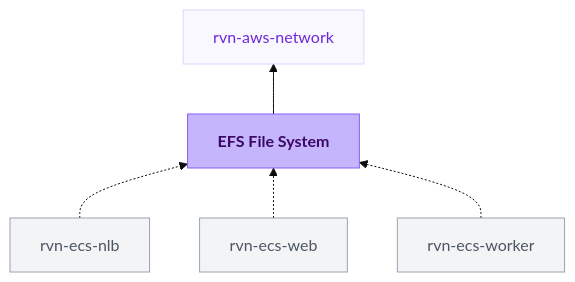
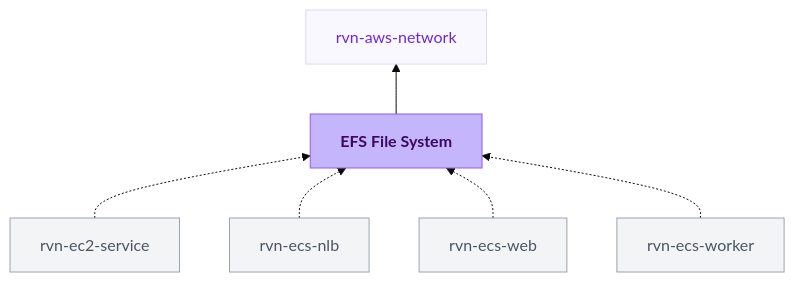
Before and after one commit to flightcontrolhq/docs: the diagram in module-definitions/catalog/rvn-efs.mdx, drawn with Mermaid (base theme). The commit also changed 12 other files, not shown here.

Commit message:
chore: sync module catalog docs

````diff
--- a/module-definitions/catalog/rvn-efs.mdx
+++ b/module-definitions/catalog/rvn-efs.mdx
@@ -13,21 +13,23 @@
 ```mermaid
 flowchart BT
-  rvn_ecs_nlb["rvn-ecs-nlb"] -.-> rvn_efs["<strong>EFS File System</strong>"]
+  rvn_ec2_service["rvn-ec2-service"] -.-> rvn_efs["<strong>EFS File System</strong>"]
+  rvn_ecs_nlb["rvn-ecs-nlb"] -.-> rvn_efs
   rvn_ecs_web["rvn-ecs-web"] -.-> rvn_efs
   rvn_ecs_worker["rvn-ecs-worker"] -.-> rvn_efs
   rvn_efs --> rvn_aws_network["rvn-aws-network"]
 
   class rvn_efs current
   class rvn_aws_network dependency
-  class rvn_ecs_nlb,rvn_ecs_web,rvn_ecs_worker consumer
+  class rvn_ec2_service,rvn_ecs_nlb,rvn_ecs_web,rvn_ecs_worker consumer
 
   classDef current fill:#C4B5FD,stroke:#8B5CF6,color:#3B0764
   classDef dependency fill:#FAF8FF,stroke:#DDD6FE,color:#6D28D9
   classDef consumer fill:#F3F4F6,stroke:#9CA3AF,color:#4B5563
   classDef upstream fill:#F8FAFC,stroke:#CBD5E1,color:#94A3B8
 
+  click rvn_ec2_service "/module-definitions/catalog/rvn-ec2-service" "Open rvn-ec2-service docs"
   click rvn_ecs_nlb "/module-definitions/catalog/rvn-ecs-nlb" "Open rvn-ecs-nlb docs"
   click rvn_ecs_web "/module-definitions/catalog/rvn-ecs-web" "Open rvn-ecs-web docs"
   click rvn_ecs_worker "/module-definitions/catalog/rvn-ecs-worker" "Open rvn-ecs-worker docs"
   click rvn_aws_network "/module-definitions/catalog/rvn-aws-network" "Open rvn-aws-network docs"
 ```
````
